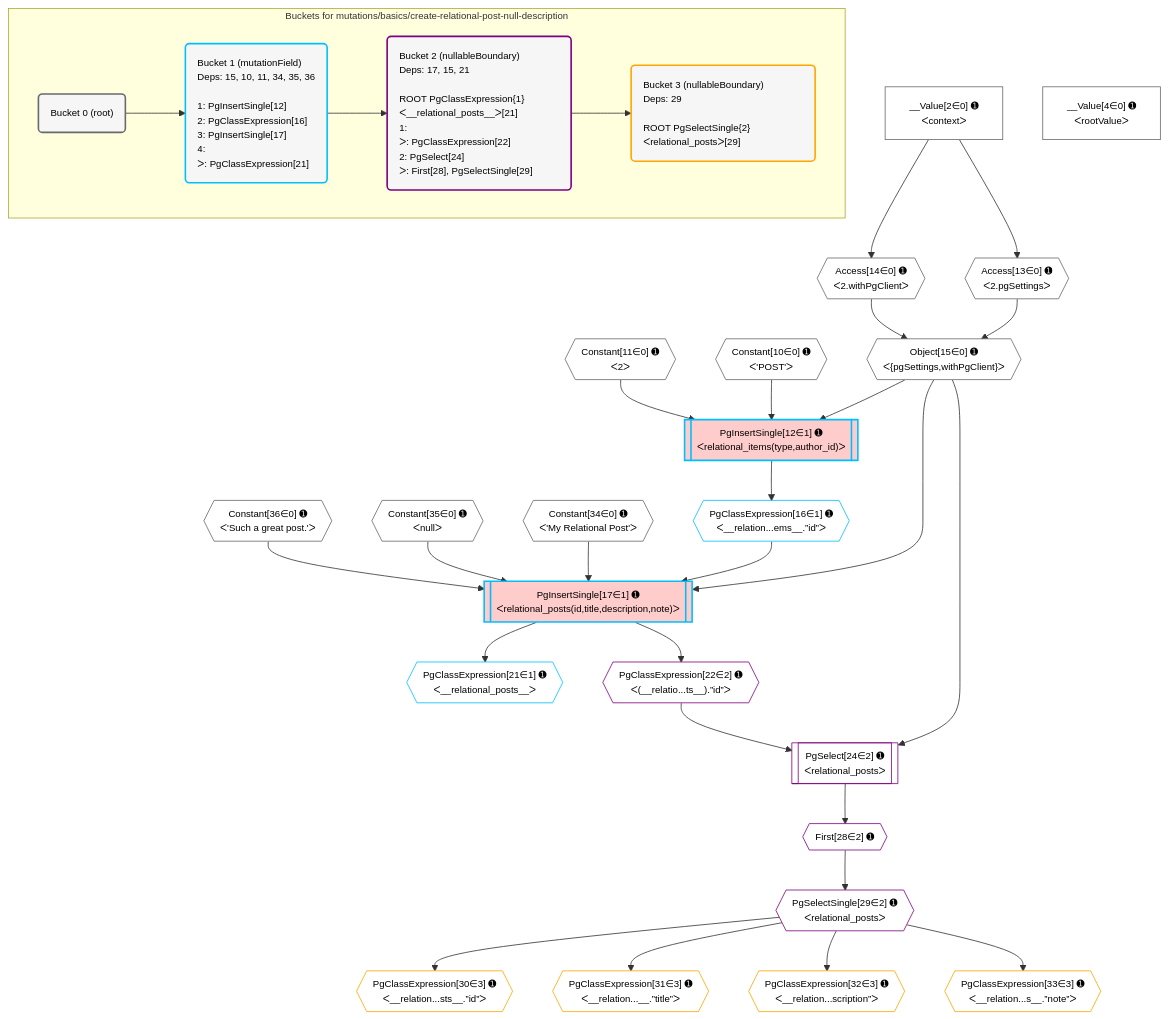
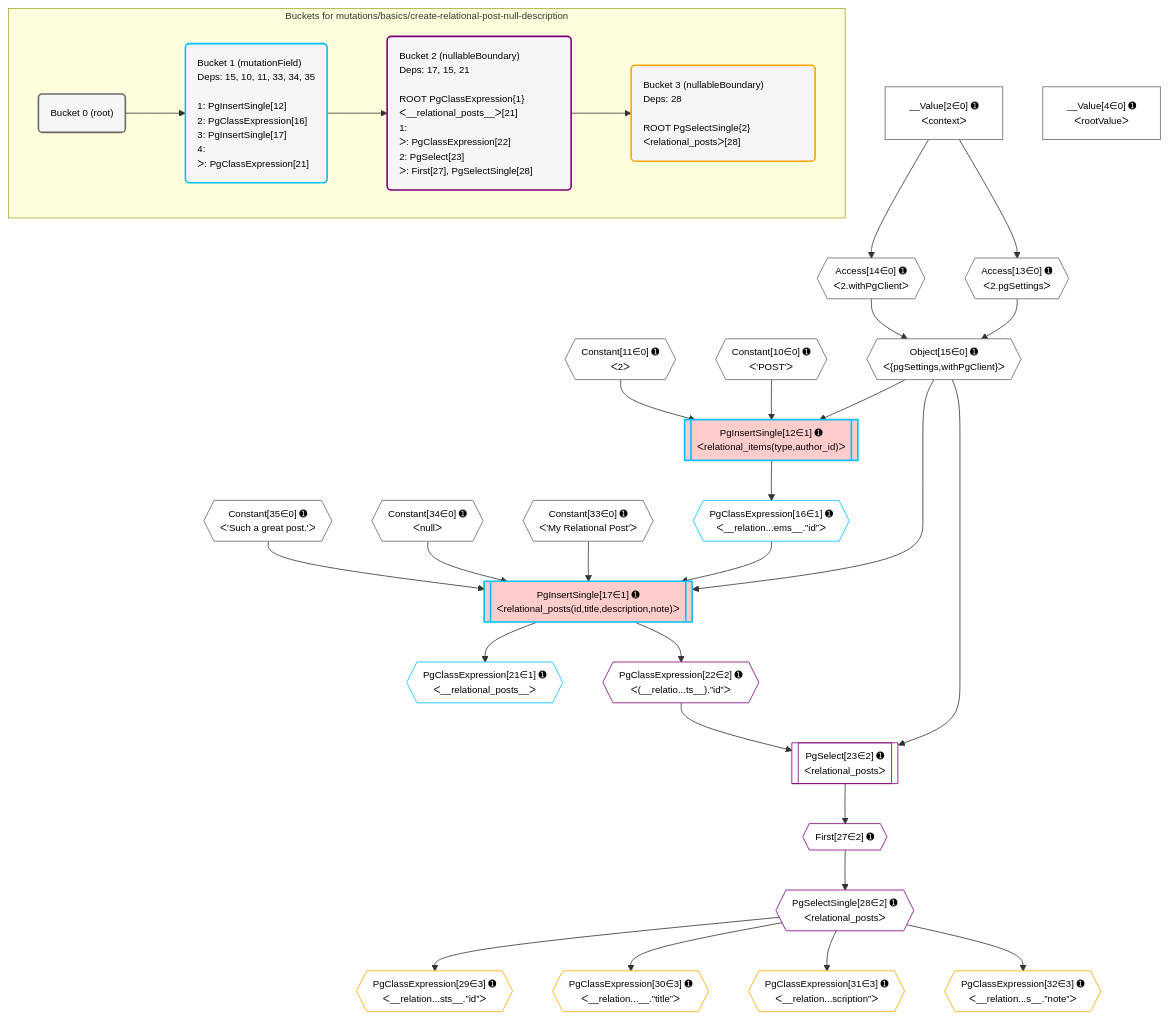
Before and after one commit to graphile/crystal: the diagram in grafast/dataplan-pg/__tests__/mutations/basics/create-relational-post-null-description.mermaid, drawn with Mermaid. The commit also changed 8 other files, not shown here.

```diff
--- a/grafast/dataplan-pg/__tests__/mutations/basics/create-relational-post-null-description.mermaid
+++ b/grafast/dataplan-pg/__tests__/mutations/basics/create-relational-post-null-description.mermaid
@@ -1,68 +1,68 @@
 %%{init: {'themeVariables': { 'fontSize': '12px'}}}%%
 graph TD
     classDef path fill:#eee,stroke:#000,color:#000
     classDef plan fill:#fff,stroke-width:1px,color:#000
     classDef itemplan fill:#fff,stroke-width:2px,color:#000
     classDef unbatchedplan fill:#dff,stroke-width:1px,color:#000
     classDef sideeffectplan fill:#fcc,stroke-width:2px,color:#000
     classDef bucket fill:#f6f6f6,color:#000,stroke-width:2px,text-align:left
 
 
     %% plan dependencies
     Object15{{"Object[15∈0] ➊<br />ᐸ{pgSettings,withPgClient}ᐳ"}}:::plan
     Access13{{"Access[13∈0] ➊<br />ᐸ2.pgSettingsᐳ"}}:::plan
     Access14{{"Access[14∈0] ➊<br />ᐸ2.withPgClientᐳ"}}:::plan
     Access13 & Access14 --> Object15
     __Value2["__Value[2∈0] ➊<br />ᐸcontextᐳ"]:::plan
     __Value2 --> Access13
     __Value2 --> Access14
     __Value4["__Value[4∈0] ➊<br />ᐸrootValueᐳ"]:::plan
     Constant10{{"Constant[10∈0] ➊<br />ᐸ'POST'ᐳ"}}:::plan
     Constant11{{"Constant[11∈0] ➊<br />ᐸ2ᐳ"}}:::plan
-    Constant34{{"Constant[34∈0] ➊<br />ᐸ'My Relational Post'ᐳ"}}:::plan
-    Constant35{{"Constant[35∈0] ➊<br />ᐸnullᐳ"}}:::plan
-    Constant36{{"Constant[36∈0] ➊<br />ᐸ'Such a great post.'ᐳ"}}:::plan
+    Constant33{{"Constant[33∈0] ➊<br />ᐸ'My Relational Post'ᐳ"}}:::plan
+    Constant34{{"Constant[34∈0] ➊<br />ᐸnullᐳ"}}:::plan
+    Constant35{{"Constant[35∈0] ➊<br />ᐸ'Such a great post.'ᐳ"}}:::plan
     PgInsertSingle17[["PgInsertSingle[17∈1] ➊<br />ᐸrelational_posts(id,title,description,note)ᐳ"]]:::sideeffectplan
     PgClassExpression16{{"PgClassExpression[16∈1] ➊<br />ᐸ__relation...ems__.”id”ᐳ"}}:::plan
-    Object15 & PgClassExpression16 & Constant34 & Constant35 & Constant36 --> PgInsertSingle17
+    Object15 & PgClassExpression16 & Constant33 & Constant34 & Constant35 --> PgInsertSingle17
     PgInsertSingle12[["PgInsertSingle[12∈1] ➊<br />ᐸrelational_items(type,author_id)ᐳ"]]:::sideeffectplan
     Object15 & Constant10 & Constant11 --> PgInsertSingle12
     PgInsertSingle12 --> PgClassExpression16
     PgClassExpression21{{"PgClassExpression[21∈1] ➊<br />ᐸ__relational_posts__ᐳ"}}:::plan
     PgInsertSingle17 --> PgClassExpression21
-    PgSelect24[["PgSelect[24∈2] ➊<br />ᐸrelational_postsᐳ"]]:::plan
+    PgSelect23[["PgSelect[23∈2] ➊<br />ᐸrelational_postsᐳ"]]:::plan
     PgClassExpression22{{"PgClassExpression[22∈2] ➊<br />ᐸ(__relatio...ts__).”id”ᐳ"}}:::plan
-    Object15 & PgClassExpression22 --> PgSelect24
+    Object15 & PgClassExpression22 --> PgSelect23
     PgInsertSingle17 --> PgClassExpression22
-    First28{{"First[28∈2] ➊"}}:::plan
-    PgSelect24 --> First28
-    PgSelectSingle29{{"PgSelectSingle[29∈2] ➊<br />ᐸrelational_postsᐳ"}}:::plan
-    First28 --> PgSelectSingle29
-    PgClassExpression30{{"PgClassExpression[30∈3] ➊<br />ᐸ__relation...sts__.”id”ᐳ"}}:::plan
-    PgSelectSingle29 --> PgClassExpression30
-    PgClassExpression31{{"PgClassExpression[31∈3] ➊<br />ᐸ__relation...__.”title”ᐳ"}}:::plan
-    PgSelectSingle29 --> PgClassExpression31
-    PgClassExpression32{{"PgClassExpression[32∈3] ➊<br />ᐸ__relation...scription”ᐳ"}}:::plan
-    PgSelectSingle29 --> PgClassExpression32
-    PgClassExpression33{{"PgClassExpression[33∈3] ➊<br />ᐸ__relation...s__.”note”ᐳ"}}:::plan
-    PgSelectSingle29 --> PgClassExpression33
+    First27{{"First[27∈2] ➊"}}:::plan
+    PgSelect23 --> First27
+    PgSelectSingle28{{"PgSelectSingle[28∈2] ➊<br />ᐸrelational_postsᐳ"}}:::plan
+    First27 --> PgSelectSingle28
+    PgClassExpression29{{"PgClassExpression[29∈3] ➊<br />ᐸ__relation...sts__.”id”ᐳ"}}:::plan
+    PgSelectSingle28 --> PgClassExpression29
+    PgClassExpression30{{"PgClassExpression[30∈3] ➊<br />ᐸ__relation...__.”title”ᐳ"}}:::plan
+    PgSelectSingle28 --> PgClassExpression30
+    PgClassExpression31{{"PgClassExpression[31∈3] ➊<br />ᐸ__relation...scription”ᐳ"}}:::plan
+    PgSelectSingle28 --> PgClassExpression31
+    PgClassExpression32{{"PgClassExpression[32∈3] ➊<br />ᐸ__relation...s__.”note”ᐳ"}}:::plan
+    PgSelectSingle28 --> PgClassExpression32
 
     %% define steps
 
     subgraph "Buckets for mutations/basics/create-relational-post-null-description"
     Bucket0("Bucket 0 (root)"):::bucket
     classDef bucket0 stroke:#696969
-    class Bucket0,__Value2,__Value4,Constant10,Constant11,Access13,Access14,Object15,Constant34,Constant35,Constant36 bucket0
-    Bucket1("Bucket 1 (mutationField)<br />Deps: 15, 10, 11, 34, 35, 36<br /><br />1: PgInsertSingle[12]<br />2: PgClassExpression[16]<br />3: PgInsertSingle[17]<br />4: <br />ᐳ: PgClassExpression[21]"):::bucket
+    class Bucket0,__Value2,__Value4,Constant10,Constant11,Access13,Access14,Object15,Constant33,Constant34,Constant35 bucket0
+    Bucket1("Bucket 1 (mutationField)<br />Deps: 15, 10, 11, 33, 34, 35<br /><br />1: PgInsertSingle[12]<br />2: PgClassExpression[16]<br />3: PgInsertSingle[17]<br />4: <br />ᐳ: PgClassExpression[21]"):::bucket
     classDef bucket1 stroke:#00bfff
     class Bucket1,PgInsertSingle12,PgClassExpression16,PgInsertSingle17,PgClassExpression21 bucket1
-    Bucket2("Bucket 2 (nullableBoundary)<br />Deps: 17, 15, 21<br /><br />ROOT PgClassExpression{1}ᐸ__relational_posts__ᐳ[21]<br />1: <br />ᐳ: PgClassExpression[22]<br />2: PgSelect[24]<br />ᐳ: First[28], PgSelectSingle[29]"):::bucket
+    Bucket2("Bucket 2 (nullableBoundary)<br />Deps: 17, 15, 21<br /><br />ROOT PgClassExpression{1}ᐸ__relational_posts__ᐳ[21]<br />1: <br />ᐳ: PgClassExpression[22]<br />2: PgSelect[23]<br />ᐳ: First[27], PgSelectSingle[28]"):::bucket
     classDef bucket2 stroke:#7f007f
-    class Bucket2,PgClassExpression22,PgSelect24,First28,PgSelectSingle29 bucket2
-    Bucket3("Bucket 3 (nullableBoundary)<br />Deps: 29<br /><br />ROOT PgSelectSingle{2}ᐸrelational_postsᐳ[29]"):::bucket
+    class Bucket2,PgClassExpression22,PgSelect23,First27,PgSelectSingle28 bucket2
+    Bucket3("Bucket 3 (nullableBoundary)<br />Deps: 28<br /><br />ROOT PgSelectSingle{2}ᐸrelational_postsᐳ[28]"):::bucket
     classDef bucket3 stroke:#ffa500
-    class Bucket3,PgClassExpression30,PgClassExpression31,PgClassExpression32,PgClassExpression33 bucket3
+    class Bucket3,PgClassExpression29,PgClassExpression30,PgClassExpression31,PgClassExpression32 bucket3
     Bucket0 --> Bucket1
     Bucket1 --> Bucket2
     Bucket2 --> Bucket3
     end
```
